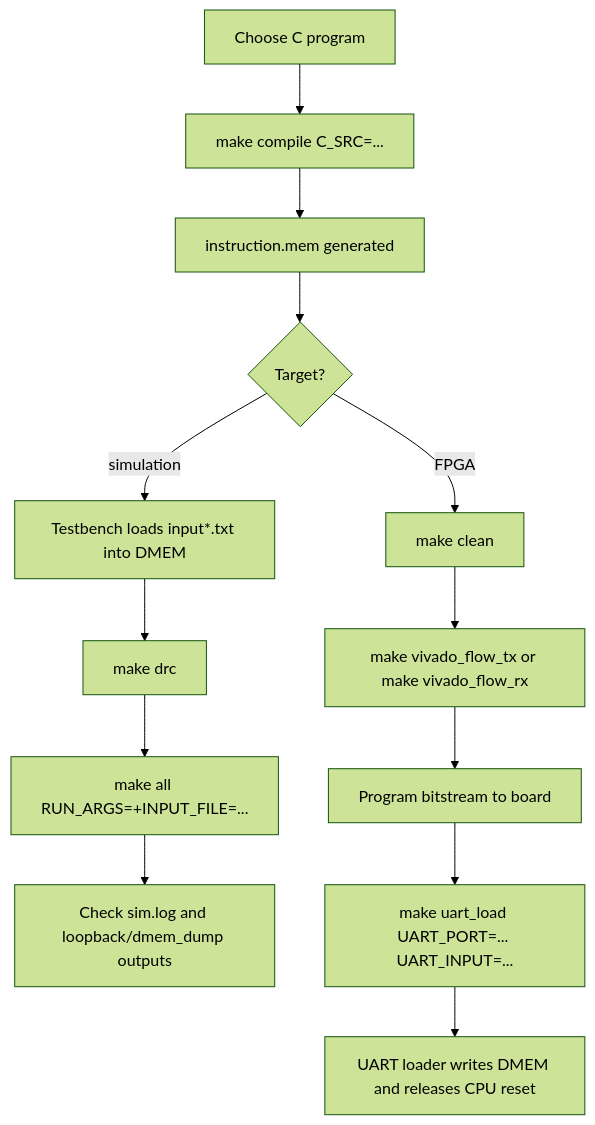
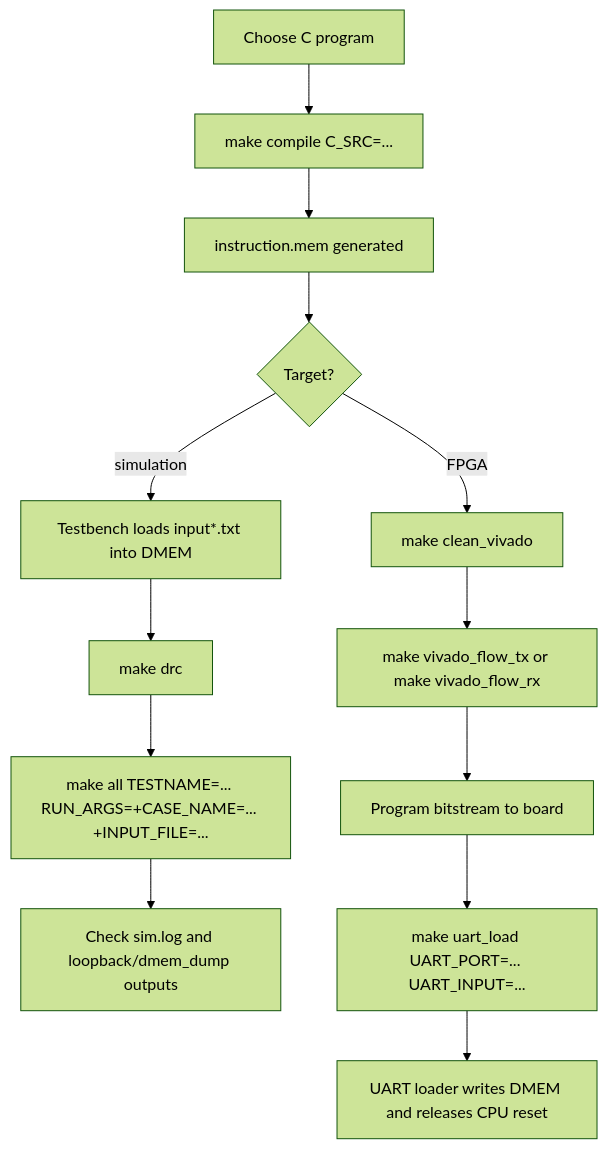
One commit to ngoquocan139/AES_huffman_all6 changed the ninth of 11 diagrams in docs/00_current_system_spec.md. Above: the diagram before and after it, drawn with Mermaid (forest theme). The commit also changed other lines of this file and 221 other files, not shown here.

````diff
--- a/docs/00_current_system_spec.md
+++ b/docs/00_current_system_spec.md
@@ -368,15 +381,15 @@
 ```mermaid
 flowchart TD
   A["Choose C program"] --> B["make compile C_SRC=..."]
   B --> C["instruction.mem generated"]
   C --> D{"Target?"}
   D -->|"simulation"| E["Testbench loads input*.txt into DMEM"]
   E --> F["make drc"]
-  F --> G["make all RUN_ARGS=+INPUT_FILE=..."]
+  F --> G["make all TESTNAME=... RUN_ARGS=+CASE_NAME=... +INPUT_FILE=..."]
   G --> H["Check sim.log and loopback/dmem_dump outputs"]
-  D -->|"FPGA"| I["make clean"]
+  D -->|"FPGA"| I["make clean_vivado"]
   I --> J["make vivado_flow_tx or make vivado_flow_rx"]
   J --> K["Program bitstream to board"]
   K --> L["make uart_load UART_PORT=... UART_INPUT=..."]
   L --> M["UART loader writes DMEM and releases CPU reset"]
 ```
````
